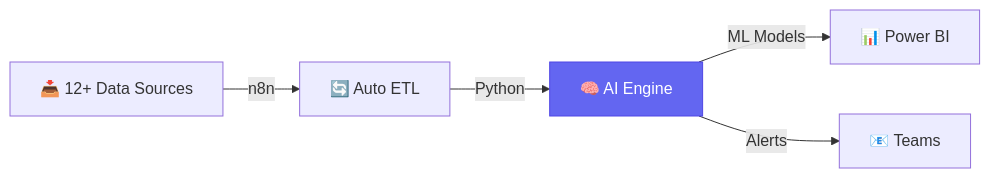
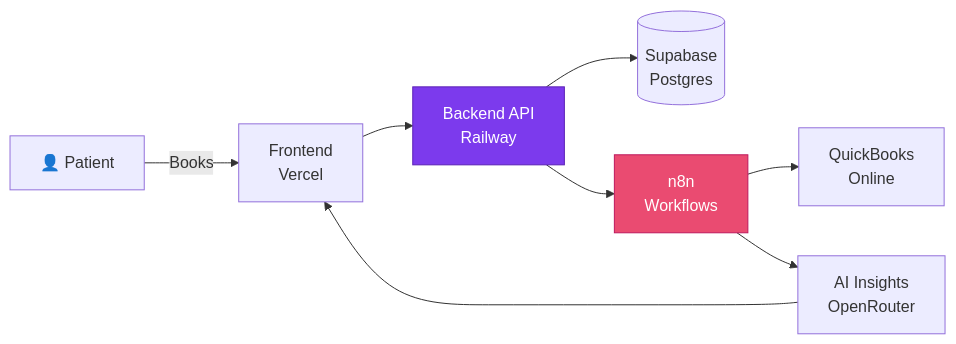
The first of 4 diagrams in README.md (nafiul00/nafiulislam), drawn with Mermaid before and after one commit. The commit also changed other lines of this file, not shown here.

````diff
--- a/README.md
+++ b/README.md
@@ -225,8 +237,12 @@
 ```mermaid
 graph LR
-    A[📥 12+ Data Sources] -->|n8n| B[🔄 Auto ETL]
-    B -->|Python| C[🧠 AI Engine]
-    C -->|ML Models| D[📊 Power BI]
-    C -->|Alerts| E[📧 Teams]
-    style C fill:#6366f1,stroke:#4f46e5,color:#fff
+    A[👤 Patient] -->|Books| B[Frontend<br/>Vercel]
+    B --> C[Backend API<br/>Railway]
+    C --> D[(Supabase<br/>Postgres)]
+    C --> E[n8n<br/>Workflows]
+    E --> F[QuickBooks<br/>Online]
+    E --> G[AI Insights<br/>OpenRouter]
+    G --> B
+    style C fill:#7C3AED,stroke:#5B21B6,color:#fff
+    style E fill:#EA4B71,stroke:#BE185D,color:#fff
 ```
````
